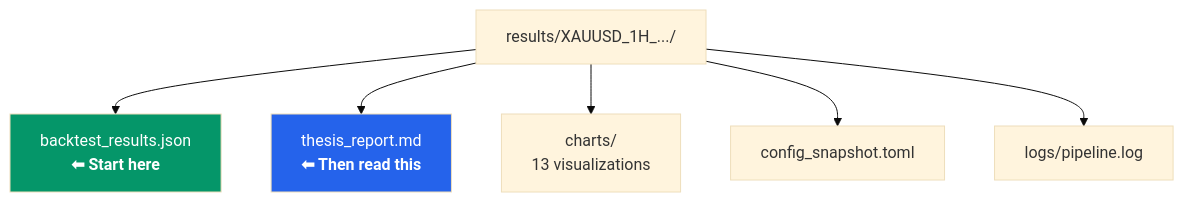
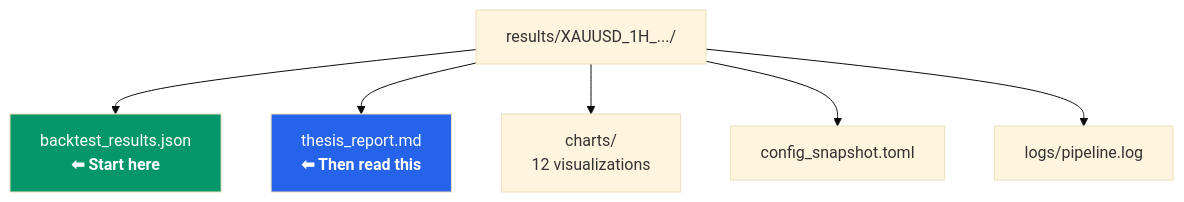
The first of 2 diagrams in docs/EVALUATION.md (ultimateBroK/thesis-hybrid-stacking), drawn with Mermaid (base theme) before and after one commit. The commit also changed other lines of this file and 27 other files, not shown here.

````diff
--- a/docs/EVALUATION.md
+++ b/docs/EVALUATION.md
@@ -15,11 +15,11 @@
 ```mermaid
 flowchart TD
     ROOT["results/XAUUSD_1H_.../"] --> BT["backtest_results.json<br/><b>⬅ Start here</b>"]
     ROOT --> REP["thesis_report.md<br/><b>⬅ Then read this</b>"]
-    ROOT --> CH["charts/<br/>13 visualizations"]
+    ROOT --> CH["charts/<br/>12 visualizations"]
     ROOT --> CFG["config_snapshot.toml"]
     ROOT --> LOG["logs/pipeline.log"]
 
     style BT fill:#059669,color:#fff
     style REP fill:#2563EB,color:#fff
 ```
````
